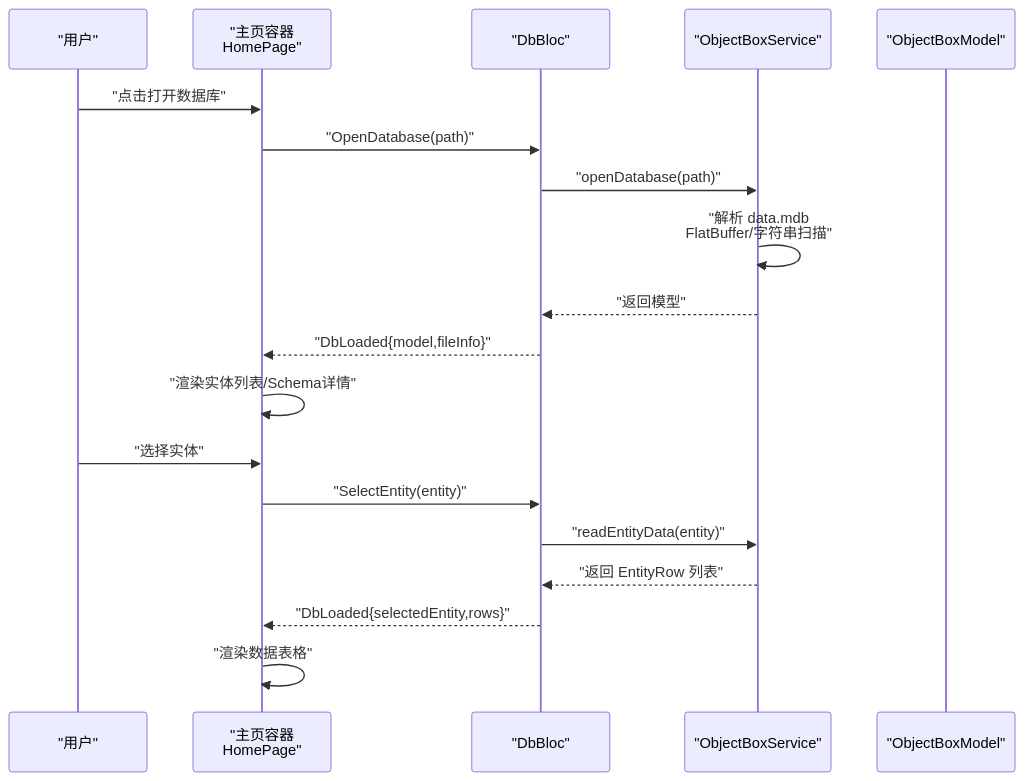
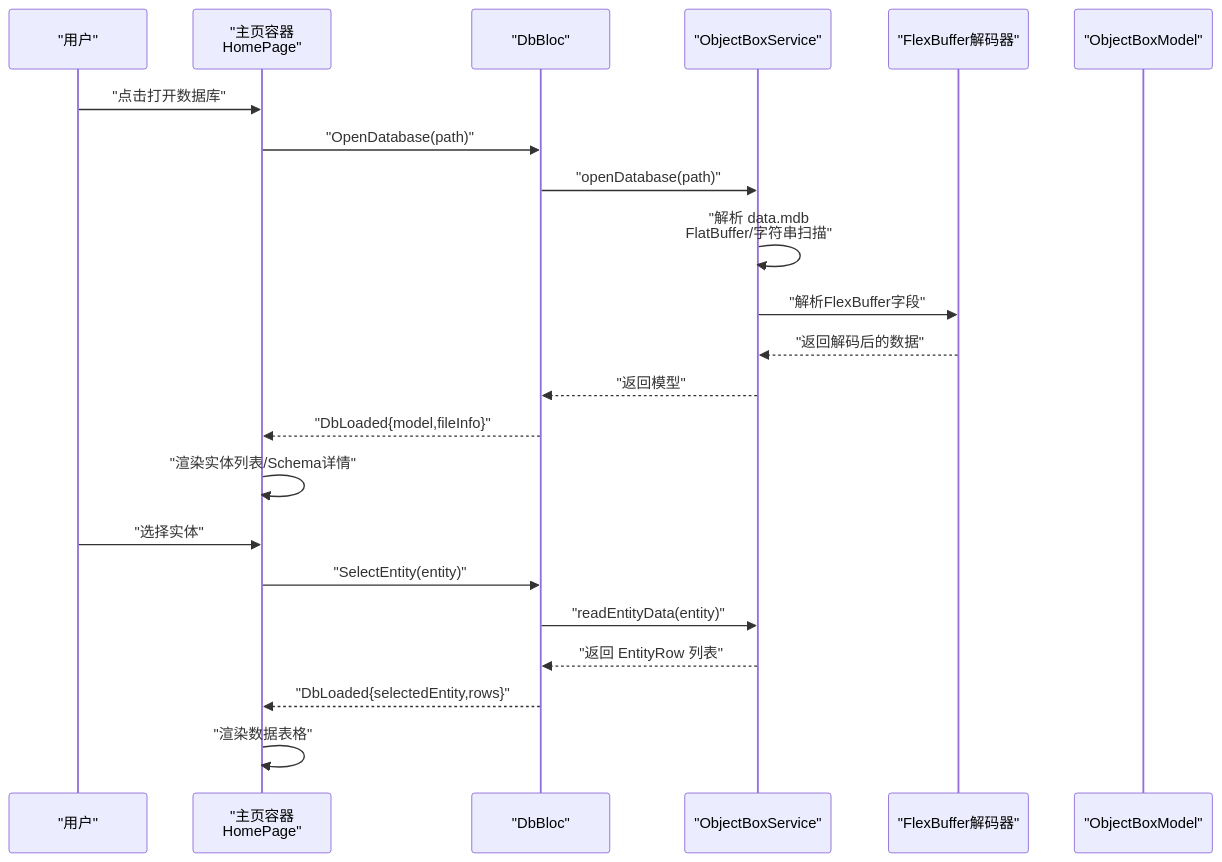
One commit to kongpf8848/objectbox_viewer changed the second of 8 diagrams in .qoder/repowiki/zh/content/核心功能/核心功能.md. Above: the diagram before and after it, drawn with Mermaid. The commit also changed other lines of this file and 9 other files, not shown here.

````diff
--- a/.qoder/repowiki/zh/content/核心功能/核心功能.md
+++ b/.qoder/repowiki/zh/content/核心功能/核心功能.md
@@ -102,21 +115,24 @@
 ```mermaid
 sequenceDiagram
 participant U as "用户"
 participant V as "主页容器<br/>HomePage"
 participant B as "DbBloc"
 participant S as "ObjectBoxService"
+participant F as "FlexBuffer解码器"
 participant M as "ObjectBoxModel"
 U->>V : "点击打开数据库"
 V->>B : "OpenDatabase(path)"
 B->>S : "openDatabase(path)"
 S->>S : "解析 data.mdb<br/>FlatBuffer/字符串扫描"
+S->>F : "解析FlexBuffer字段"
+F-->>S : "返回解码后的数据"
 S-->>B : "返回模型"
 B-->>V : "DbLoaded{model,fileInfo}"
 V->>V : "渲染实体列表/Schema详情"
 U->>V : "选择实体"
 V->>B : "SelectEntity(entity)"
 B->>S : "readEntityData(entity)"
 S-->>B : "返回 EntityRow 列表"
 B-->>V : "DbLoaded{selectedEntity,rows}"
 V->>V : "渲染数据表格"
 ```
````
